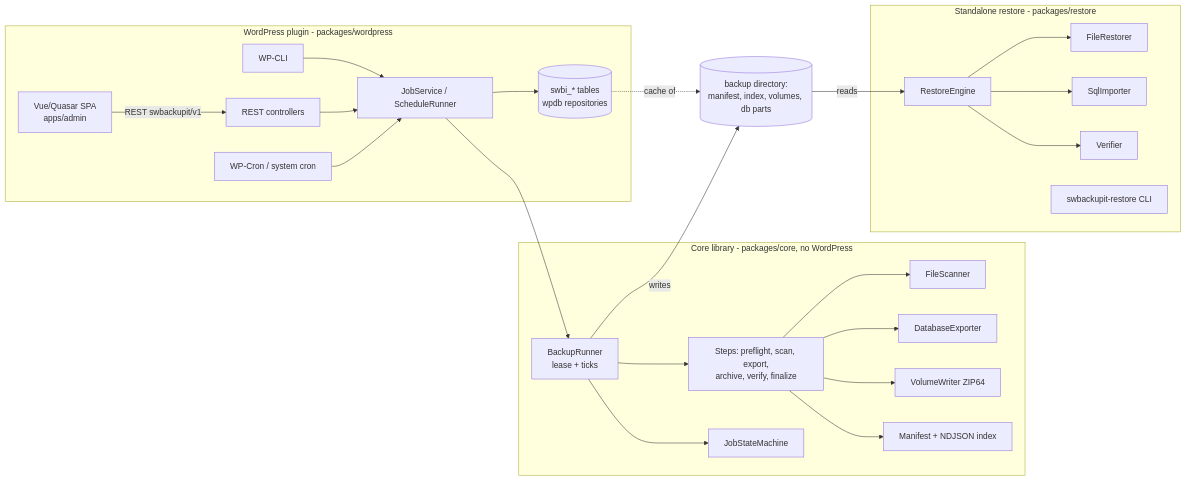
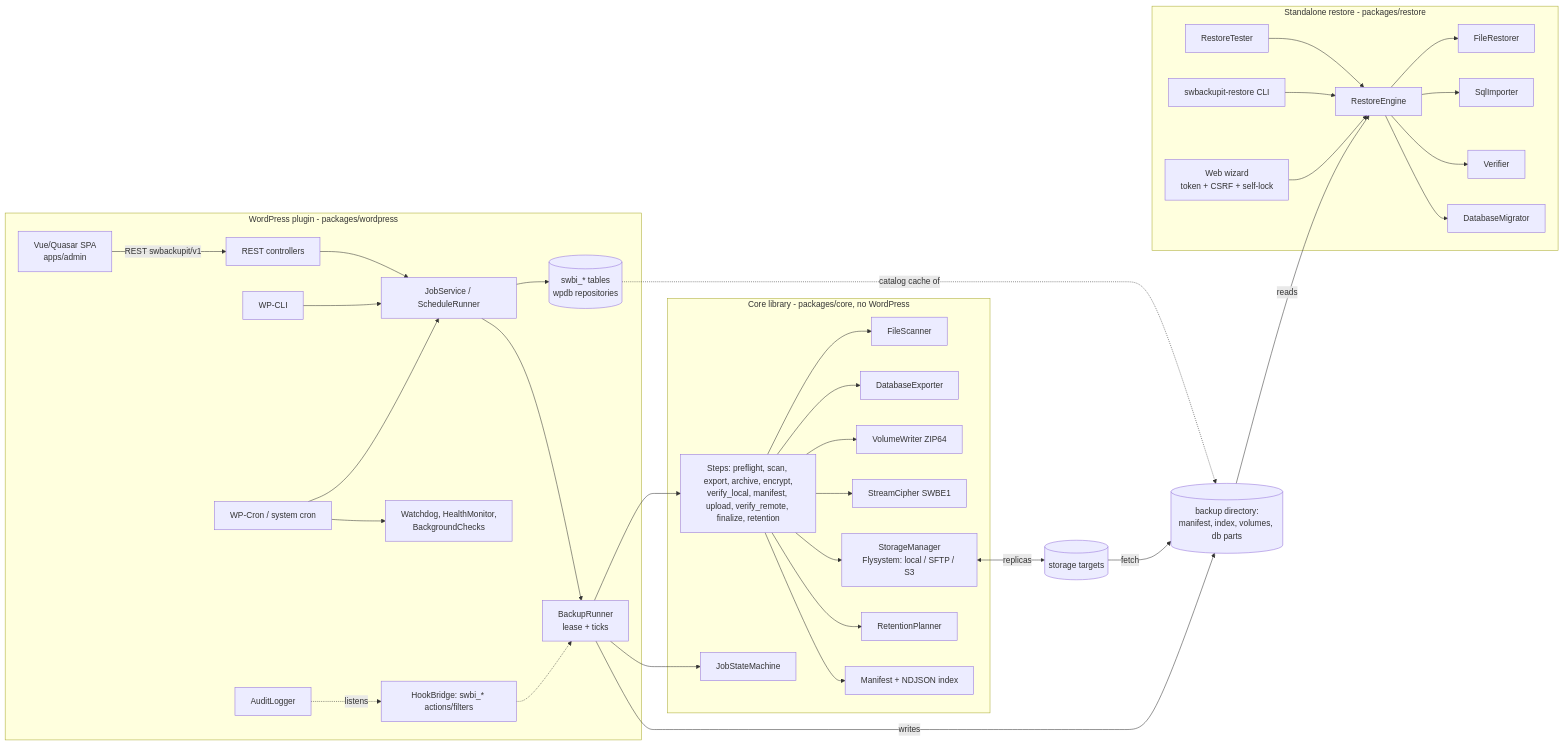
The first of 2 diagrams in docs/architecture.md (sw-wordpress/sw-backupit), drawn with Mermaid before and after one commit. The commit also changed other lines of this file and 32 other files, not shown here.

Commit message:
docs: final architecture/security/user/dev docs, TODO and DONE; WP full E2E; fixes

````diff
--- a/docs/architecture.md
+++ b/docs/architecture.md
@@ -5,24 +5,33 @@
 ```mermaid
 flowchart LR
   subgraph WP[WordPress plugin - packages/wordpress]
     SPA[Vue/Quasar SPA<br/>apps/admin] -->|REST swbackupit/v1| REST[REST controllers]
     CLI[WP-CLI] --> SVC
     REST --> SVC[JobService / ScheduleRunner]
     CRON[WP-Cron / system cron] --> SVC
+    CRON --> BG[Watchdog, HealthMonitor,<br/>BackgroundChecks]
     SVC --> REPO[(swbi_* tables<br/>wpdb repositories)]
+    HOOKS[HookBridge: swbi_* actions/filters] -.-> RUN
+    AUDIT[AuditLogger] -.listens.-> HOOKS
   end
   subgraph CORE[Core library - packages/core, no WordPress]
-    RUN[BackupRunner<br/>lease + ticks] --> STEPS[Steps: preflight, scan, export,<br/>archive, verify, finalize]
-    STEPS --> SCAN[FileScanner] & DBX[DatabaseExporter] & ZIP[VolumeWriter ZIP64]
+    RUN[BackupRunner<br/>lease + ticks] --> STEPS[Steps: preflight, scan, export, archive, encrypt,<br/>verify_local, manifest, upload, verify_remote, finalize, retention]
+    STEPS --> SCAN[FileScanner] & DBX[DatabaseExporter] & ZIP[VolumeWriter ZIP64] & CRY[StreamCipher SWBE1]
+    STEPS --> ST[StorageManager<br/>Flysystem: local / SFTP / S3]
+    STEPS --> RET[RetentionPlanner]
     RUN --> SM[JobStateMachine]
     STEPS --> MAN[Manifest + NDJSON index]
   end
   subgraph RESTORE[Standalone restore - packages/restore]
-    RE[RestoreEngine] --> FR[FileRestorer] & DI[SqlImporter] & VER[Verifier]
-    RCLI[swbackupit-restore CLI]
+    RE[RestoreEngine] --> FR[FileRestorer] & DI[SqlImporter] & VER[Verifier] & MIG[DatabaseMigrator]
+    RT[RestoreTester] --> RE
+    RCLI[swbackupit-restore CLI] --> RE
+    WEB[Web wizard<br/>token + CSRF + self-lock] --> RE
   end
   SVC --> RUN
   RUN -->|writes| BK[(backup directory:<br/>manifest, index, volumes, db parts)]
+  ST <-->|replicas| REMOTE[(storage targets)]
   BK -->|reads| RE
-  REPO -. cache of .-> BK
+  REMOTE -->|fetch| BK
+  REPO -. catalog cache of .-> BK
 ```
````
